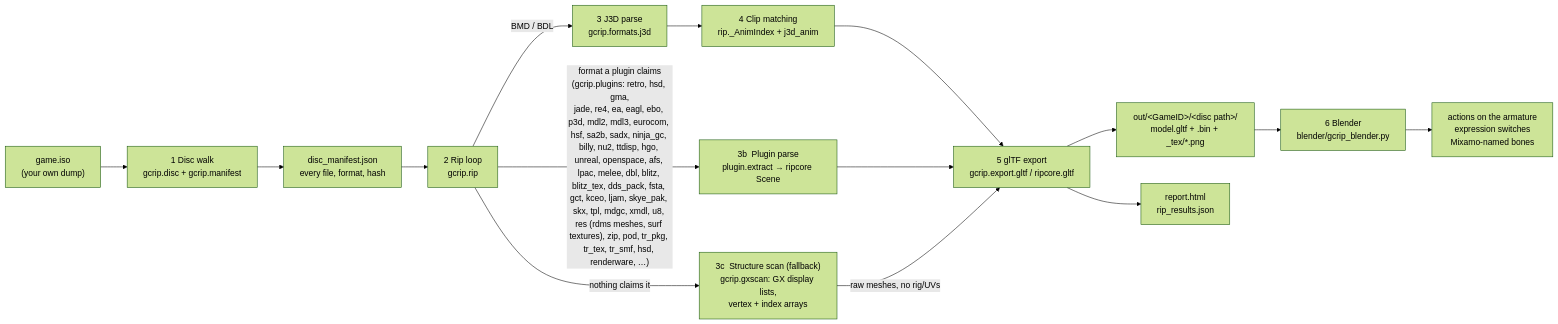
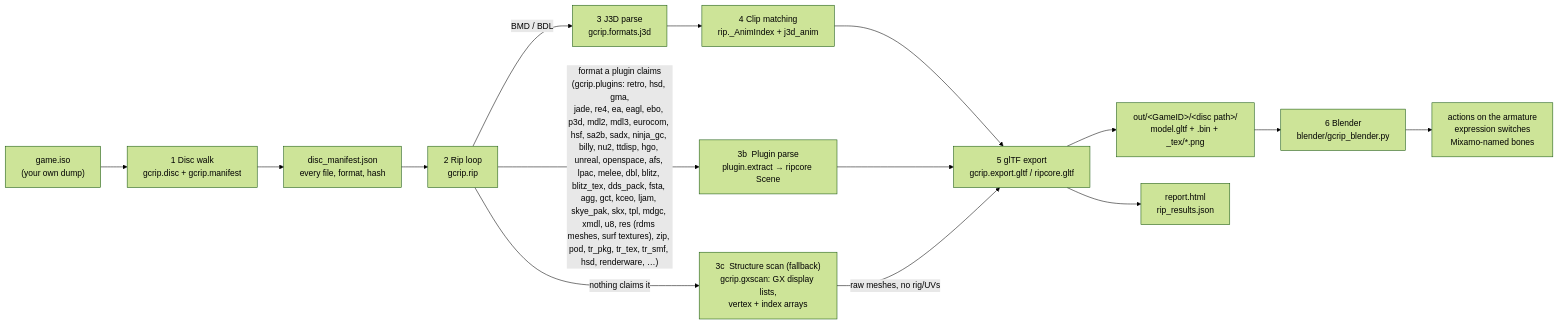
The first of 9 diagrams in docs/PIPELINE.md (Felbs/3d-ripper-9000), drawn with Mermaid (forest theme) before and after one commit. The commit also changed 6 other files, not shown here.

````diff
--- a/docs/PIPELINE.md
+++ b/docs/PIPELINE.md
@@ -11,17 +11,17 @@
 ```mermaid
 flowchart LR
     ISO["game.iso<br/>(your own dump)"] --> WALK["1  Disc walk<br/>gcrip.disc + gcrip.manifest"]
     WALK --> MAN["disc_manifest.json<br/>every file, format, hash"]
     MAN --> RIP["2  Rip loop<br/>gcrip.rip"]
     RIP -->|"BMD / BDL"| J3D["3  J3D parse<br/>gcrip.formats.j3d"]
-    RIP -->|"format a plugin claims<br/>(gcrip.plugins: retro, hsd, gma,<br/>jade, re4, ea, eagl, ebo, p3d, mdl2, mdl3, eurocom, hsf, sa2b, sadx, ninja_gc, billy, nu2, ttdisp, hgo, unreal, openspace, afs, lpac, melee, dbl, blitz, blitz_tex, dds_pack, fsta, gct, kceo, ljam, skye_pak, skx, tpl, mdgc, xmdl, u8, res (rdms meshes, surf textures), zip, pod, tr_pkg, tr_tex, tr_smf, hsd, renderware, …)"| PLUG["3b  Plugin parse<br/>plugin.extract → ripcore Scene"]
+    RIP -->|"format a plugin claims<br/>(gcrip.plugins: retro, hsd, gma,<br/>jade, re4, ea, eagl, ebo, p3d, mdl2, mdl3, eurocom, hsf, sa2b, sadx, ninja_gc, billy, nu2, ttdisp, hgo, unreal, openspace, afs, lpac, melee, dbl, blitz, blitz_tex, dds_pack, fsta, agg, gct, kceo, ljam, skye_pak, skx, tpl, mdgc, xmdl, u8, res (rdms meshes, surf textures), zip, pod, tr_pkg, tr_tex, tr_smf, hsd, renderware, …)"| PLUG["3b  Plugin parse<br/>plugin.extract → ripcore Scene"]
     RIP -->|"nothing claims it"| GX["3c  Structure scan (fallback)<br/>gcrip.gxscan: GX display lists,<br/>vertex + index arrays"]
     J3D --> ANIM["4  Clip matching<br/>rip._AnimIndex + j3d_anim"]
     ANIM --> GLTF["5  glTF export<br/>gcrip.export.gltf / ripcore.gltf"]
     PLUG --> GLTF
     GX -->|"raw meshes, no rig/UVs"| GLTF
     GLTF --> OUT["out/&lt;GameID&gt;/&lt;disc path&gt;/<br/>model.gltf + .bin + _tex/*.png"]
     GLTF --> REP["report.html<br/>rip_results.json"]
     OUT --> BL["6  Blender<br/>blender/gcrip_blender.py"]
     BL --> PLAY["actions on the armature<br/>expression switches<br/>Mixamo-named bones"]
 ```
````
